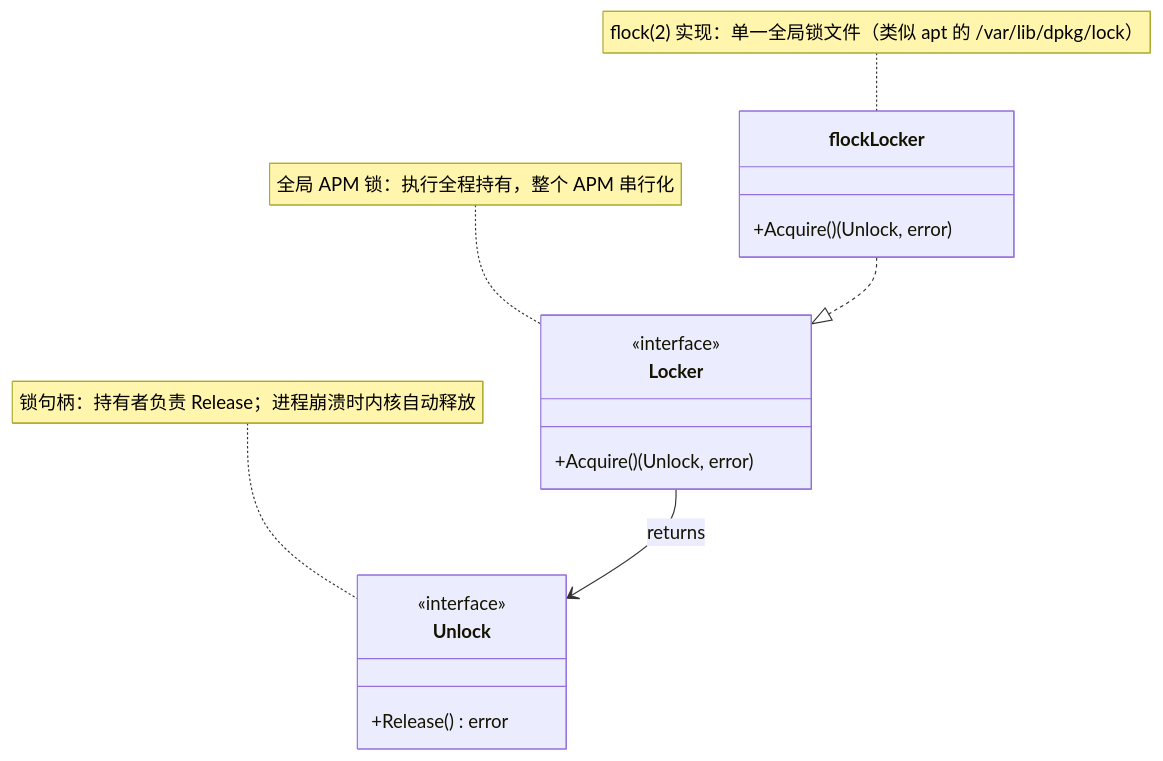
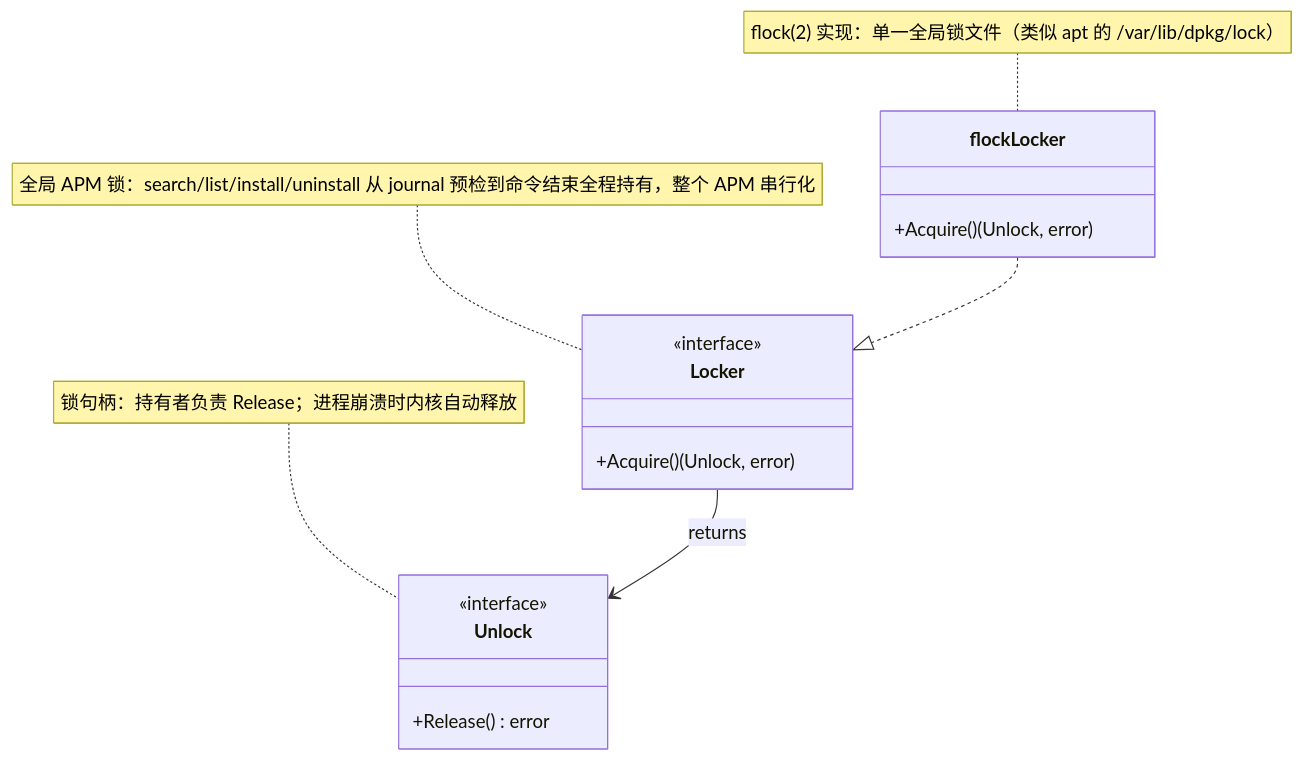
Before and after one commit to spacemit-com/agent-power-manager: the diagram in ivory-tower/c4/components/apm-cli-diagrams/lock-manager.mmd, drawn with Mermaid. The commit also changed 2 other files, not shown here.

Commit message:
docs(c4): align CLI class diagrams with lifecycle

```diff
--- a/ivory-tower/c4/components/apm-cli-diagrams/lock-manager.mmd
+++ b/ivory-tower/c4/components/apm-cli-diagrams/lock-manager.mmd
@@ -1,20 +1,20 @@
 classDiagram
-    note for Locker "全局 APM 锁：执行全程持有，整个 APM 串行化"
+    note for Locker "全局 APM 锁：search/list/install/uninstall 从 journal 预检到命令结束全程持有，整个 APM 串行化"
     class Locker {
         <<interface>>
         +Acquire() (Unlock, error)
     }
 
     note for Unlock "锁句柄：持有者负责 Release；进程崩溃时内核自动释放"
     class Unlock {
         <<interface>>
         +Release() error
     }
 
     note for flockLocker "flock(2) 实现：单一全局锁文件（类似 apt 的 /var/lib/dpkg/lock）"
     class flockLocker {
         +Acquire() (Unlock, error)
     }
 
     flockLocker ..|> Locker
     Locker --> Unlock : returns
```
